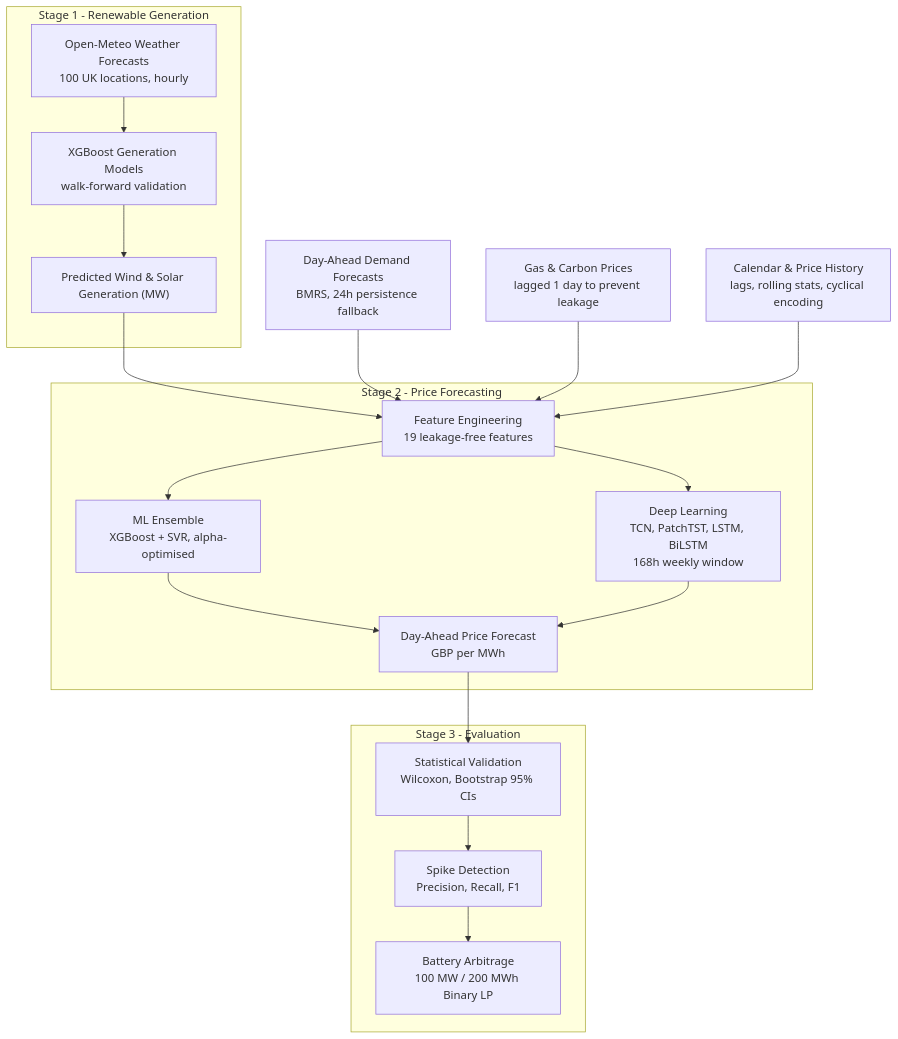
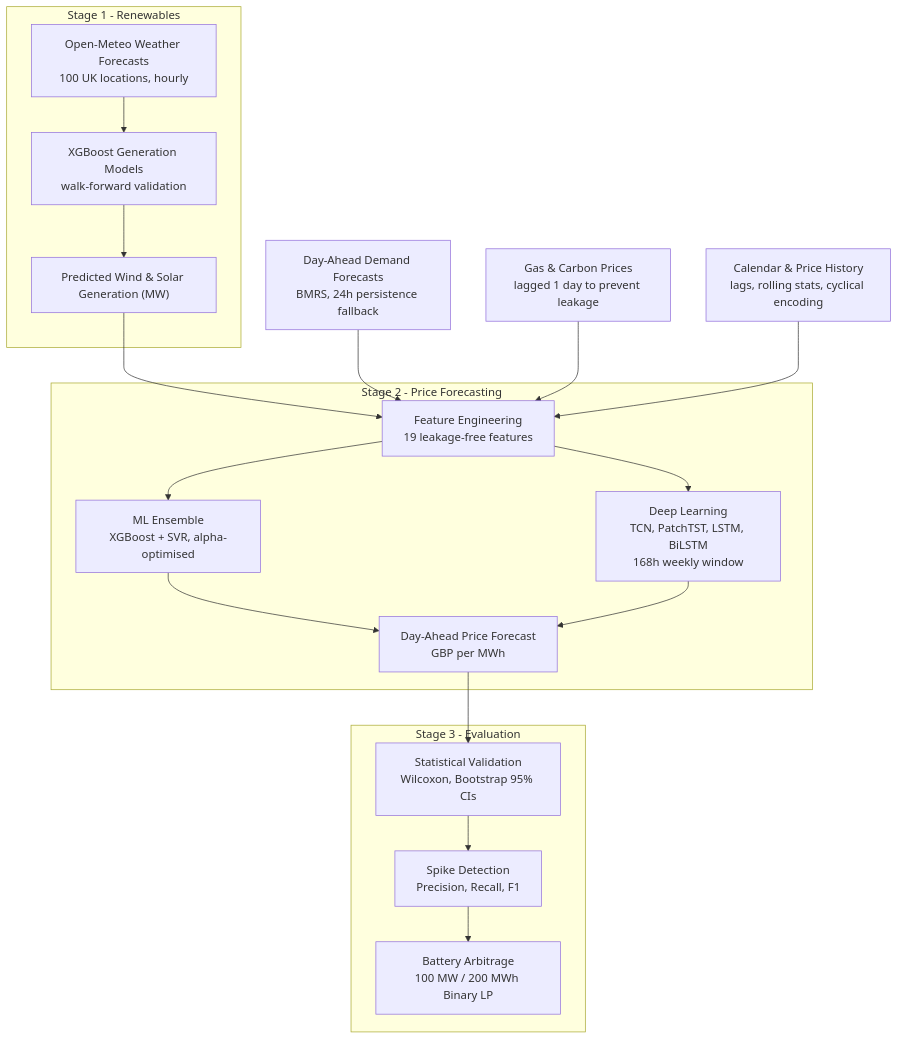
One commit to younis-y/UK-Electricity-Price-Forecasting-Project changed the diagram in README.md. Above: the diagram before and after it, drawn with Mermaid.

Commit message:
fix: shorten Stage 1 title further

````diff
--- a/README.md
+++ b/README.md
@@ -64,35 +64,35 @@
 ```mermaid
 flowchart TD
-    subgraph S1["Stage 1 - Renewable Generation"]
+    subgraph S1["Stage 1 - Renewables"]
         W["Open-Meteo Weather Forecasts<br/>100 UK locations, hourly"]
         XG1["XGBoost Generation Models<br/>walk-forward validation"]
         REN["Predicted Wind & Solar Generation (MW)"]
         W --> XG1 --> REN
     end
 
     D["Day-Ahead Demand Forecasts<br/>BMRS, 24h persistence fallback"]
     G["Gas & Carbon Prices<br/>lagged 1 day to prevent leakage"]
     CAL["Calendar & Price History<br/>lags, rolling stats, cyclical encoding"]
 
     subgraph S2["Stage 2 - Price Forecasting"]
         FE["Feature Engineering<br/>19 leakage-free features"]
         ML["ML Ensemble<br/>XGBoost + SVR, alpha-optimised"]
         DL["Deep Learning<br/>TCN, PatchTST, LSTM, BiLSTM<br/>168h weekly window"]
         PRICE["Day-Ahead Price Forecast<br/>GBP per MWh"]
         FE --> ML --> PRICE
         FE --> DL --> PRICE
     end
 
     subgraph S3["Stage 3 - Evaluation"]
         STAT["Statistical Validation<br/>Wilcoxon, Bootstrap 95% CIs"]
         SPIKE["Spike Detection<br/>Precision, Recall, F1"]
         BATT["Battery Arbitrage<br/>100 MW / 200 MWh Binary LP"]
         STAT --> SPIKE --> BATT
     end
 
     REN --> FE
     D --> FE
     G --> FE
     CAL --> FE
     PRICE --> STAT
 ```
````
